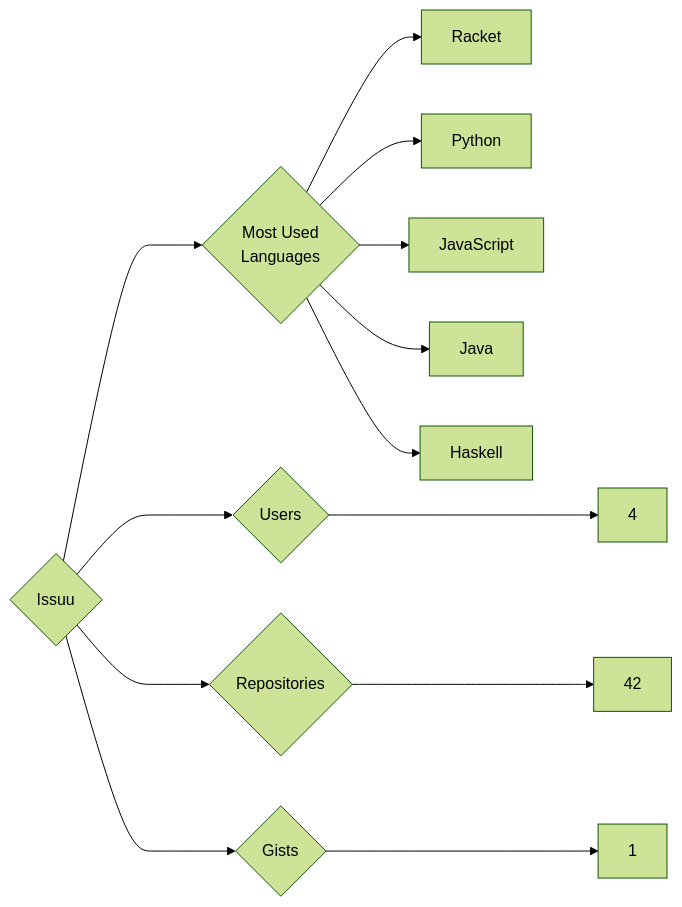
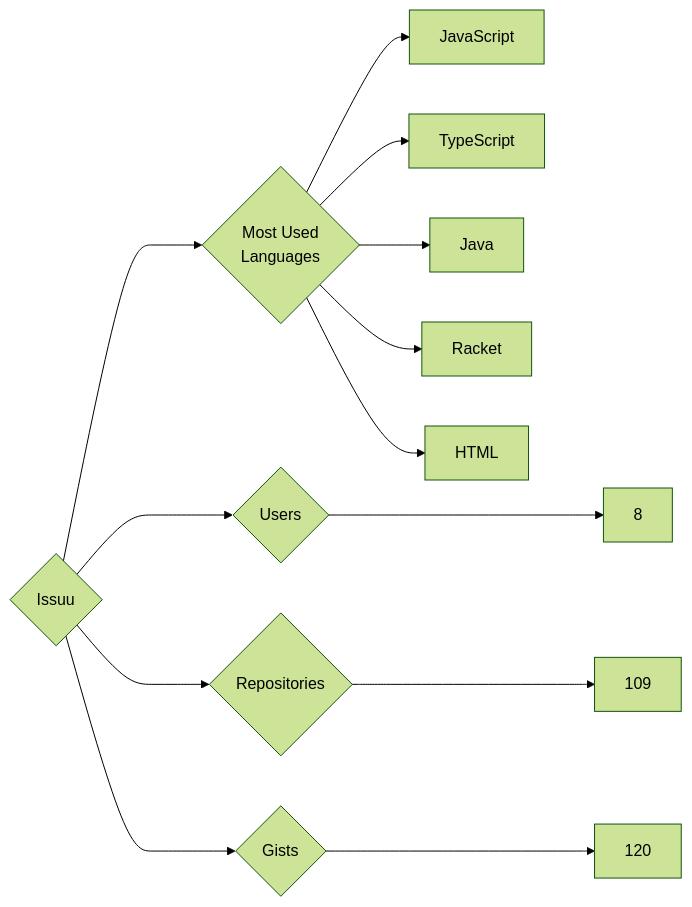
Before and after one commit to trickest/insiders: the diagram in targets/Issuu/README.md, drawn with Mermaid (forest theme). The commit also changed 823 other files, not shown here.

````diff
--- a/targets/Issuu/README.md
+++ b/targets/Issuu/README.md
@@ -3,13 +3,13 @@
 ```mermaid
 graph LR
 COMPANY_NAME{Issuu}
-COMPANY_NAME ---> U{Users} ---> UN[4]
-COMPANY_NAME ---> R{Repositories} ---> RN[42]
-COMPANY_NAME ---> G{Gists} ---> GN[1]
+COMPANY_NAME ---> U{Users} ---> UN[8]
+COMPANY_NAME ---> R{Repositories} ---> RN[109]
+COMPANY_NAME ---> G{Gists} ---> GN[120]
 COMPANY_NAME ---> ML{Most Used<br>Languages}
+ML --> JavaScript[JavaScript]
+ML --> TypeScript[TypeScript]
+ML --> Java[Java]
 ML --> Racket[Racket]
-ML --> Python[Python]
-ML --> JavaScript[JavaScript]
-ML --> Java[Java]
-ML --> Haskell[Haskell]
+ML --> HTML[HTML]
 ```
````
